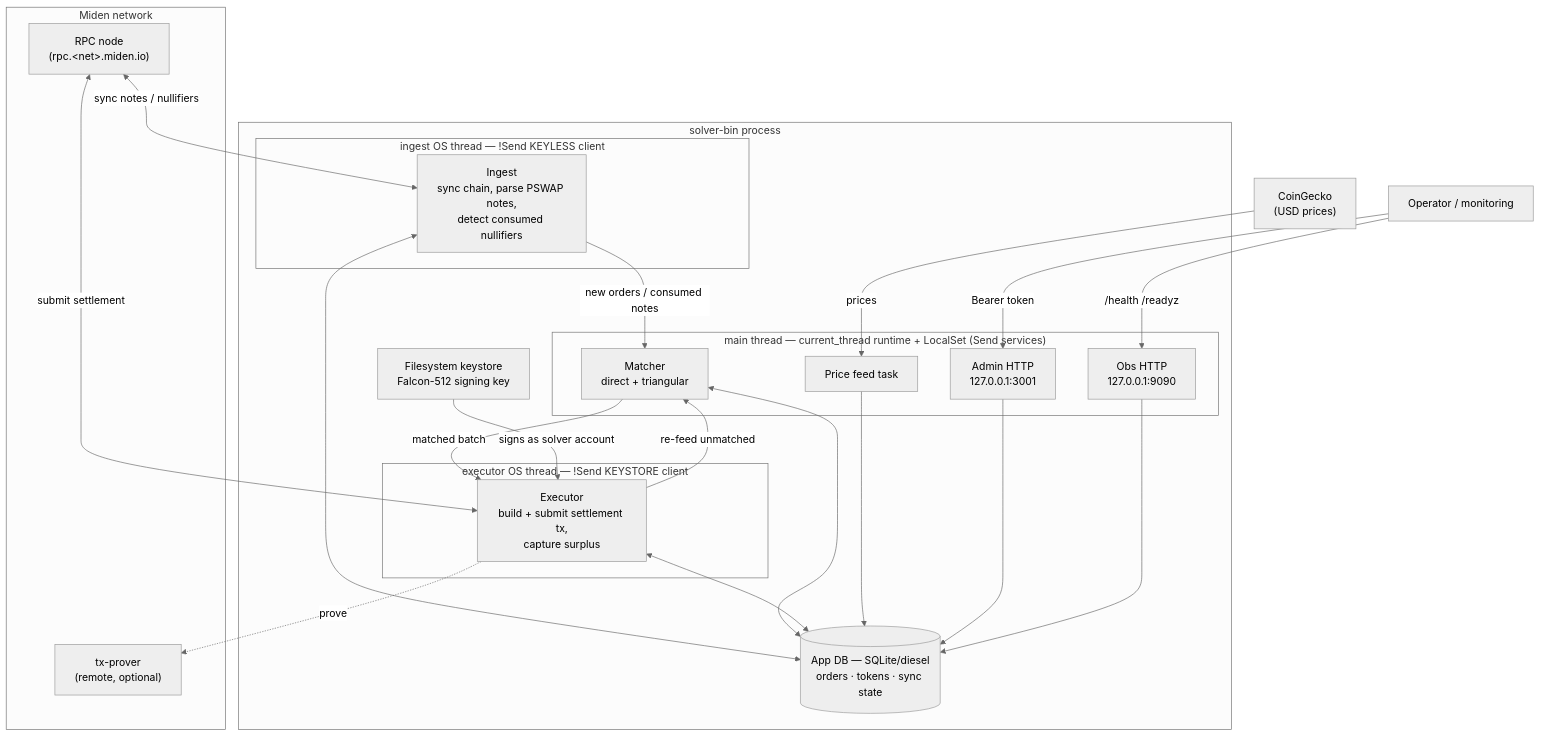
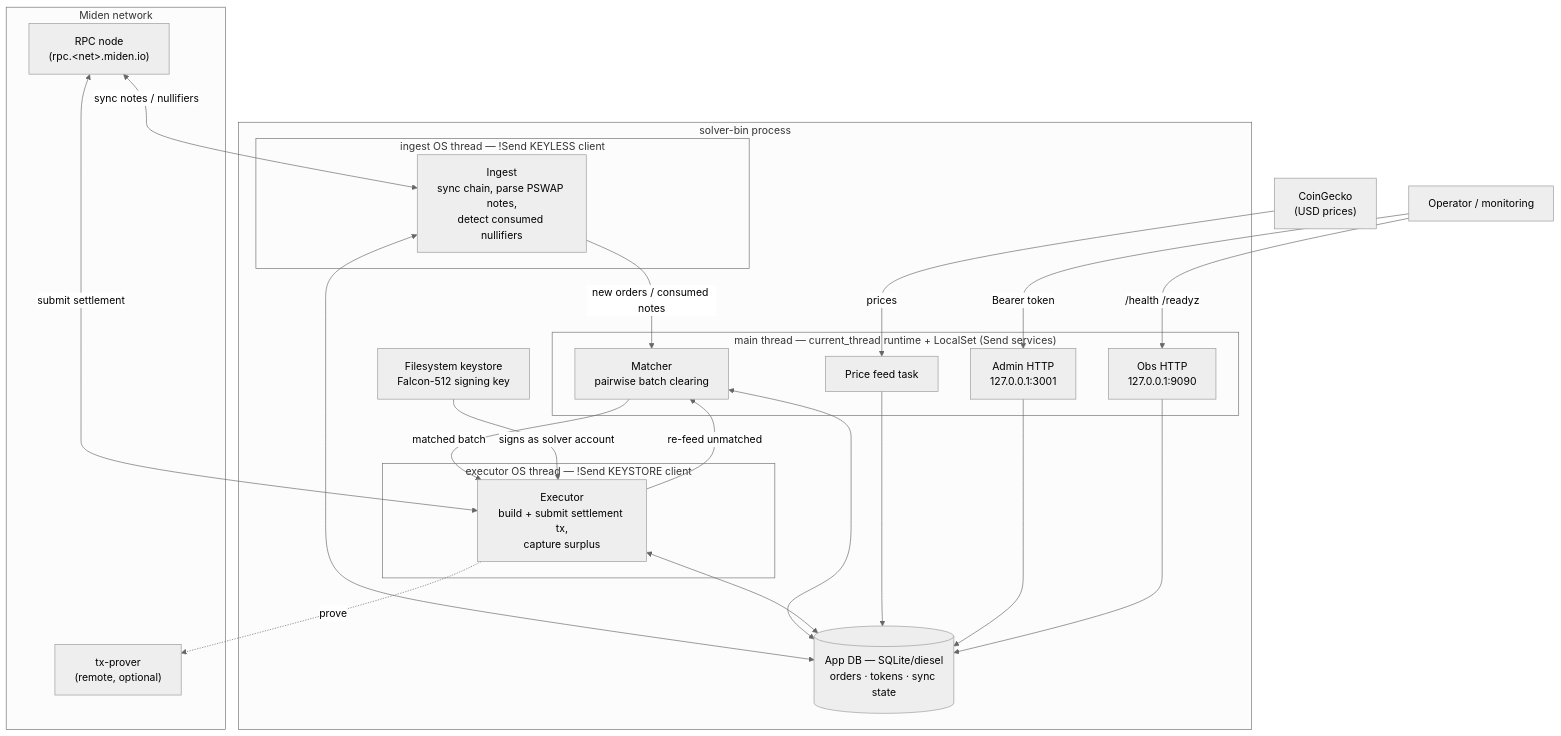
The diagram in README.md (inicio-labs/solver), drawn with Mermaid (neutral theme) before and after one commit. The commit also changed other lines of this file and 24 other files, not shown here.

````diff
--- a/README.md
+++ b/README.md
@@ -18,45 +18,45 @@
 ```mermaid
 flowchart TB
     subgraph chain["Miden network"]
         NODE["RPC node<br/>(rpc.&lt;net&gt;.miden.io)"]
         PROVER["tx-prover<br/>(remote, optional)"]
     end
     CG["CoinGecko<br/>(USD prices)"]
     OPS["Operator / monitoring"]
 
     subgraph proc["solver-bin process"]
         subgraph main["main thread — current_thread runtime + LocalSet (Send services)"]
-            MATCH["Matcher<br/>direct + triangular"]
+            MATCH["Matcher<br/>pairwise batch clearing"]
             PRICE["Price feed task"]
             ADMIN["Admin HTTP<br/>127.0.0.1:3001"]
             OBS["Obs HTTP<br/>127.0.0.1:9090"]
         end
         subgraph ingestthr["ingest OS thread — !Send KEYLESS client"]
             INGEST["Ingest<br/>sync chain, parse PSWAP notes,<br/>detect consumed nullifiers"]
         end
         subgraph exethr["executor OS thread — !Send KEYSTORE client"]
             EXEC["Executor<br/>build + submit settlement tx,<br/>capture surplus"]
         end
         DB[("App DB — SQLite/diesel<br/>orders · tokens · sync state")]
         KS["Filesystem keystore<br/>Falcon-512 signing key"]
     end
 
     NODE <-->|sync notes / nullifiers| INGEST
     NODE <-->|submit settlement| EXEC
     EXEC -.->|prove| PROVER
     CG -->|prices| PRICE
     OPS -->|Bearer token| ADMIN
     OPS -->|/health /readyz| OBS
 
     INGEST -->|new orders / consumed notes| MATCH
     MATCH -->|matched batch| EXEC
     EXEC -->|re-feed unmatched| MATCH
     KS -->|signs as solver account| EXEC
 
     INGEST <--> DB
     MATCH <--> DB
     EXEC <--> DB
     PRICE --> DB
     ADMIN --> DB
     OBS --> DB
 ```
````
